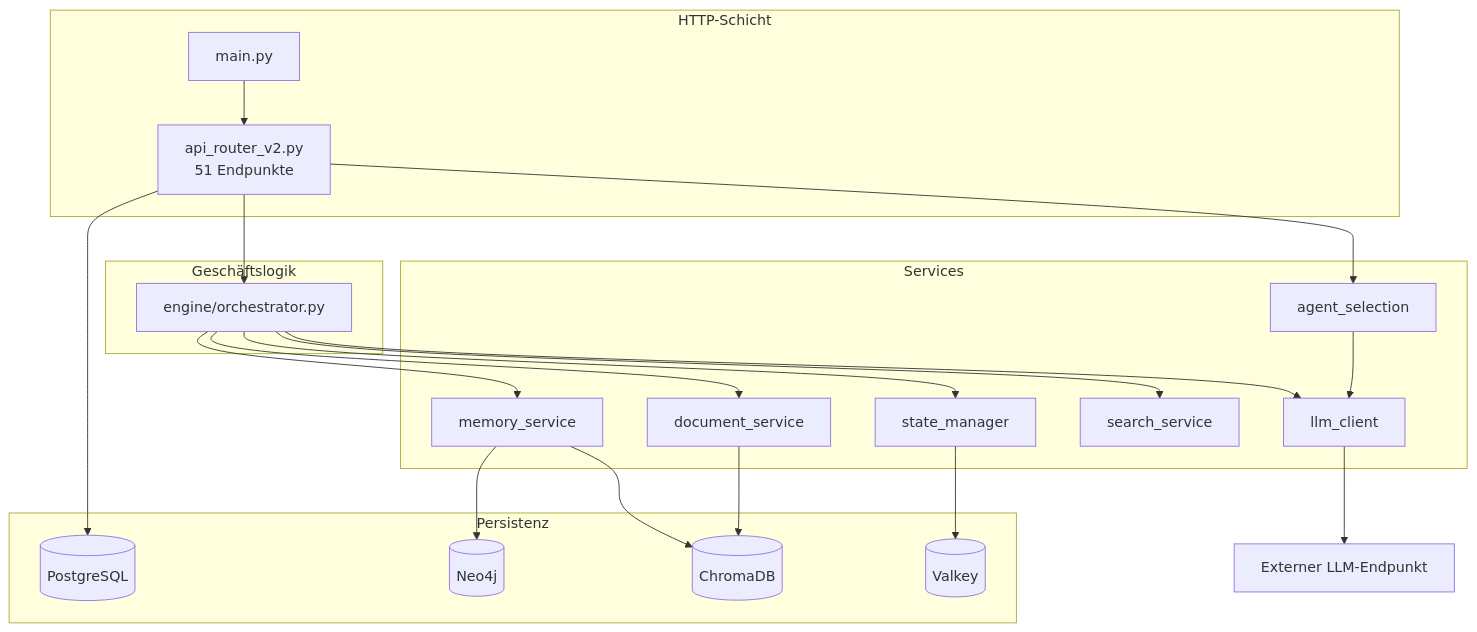
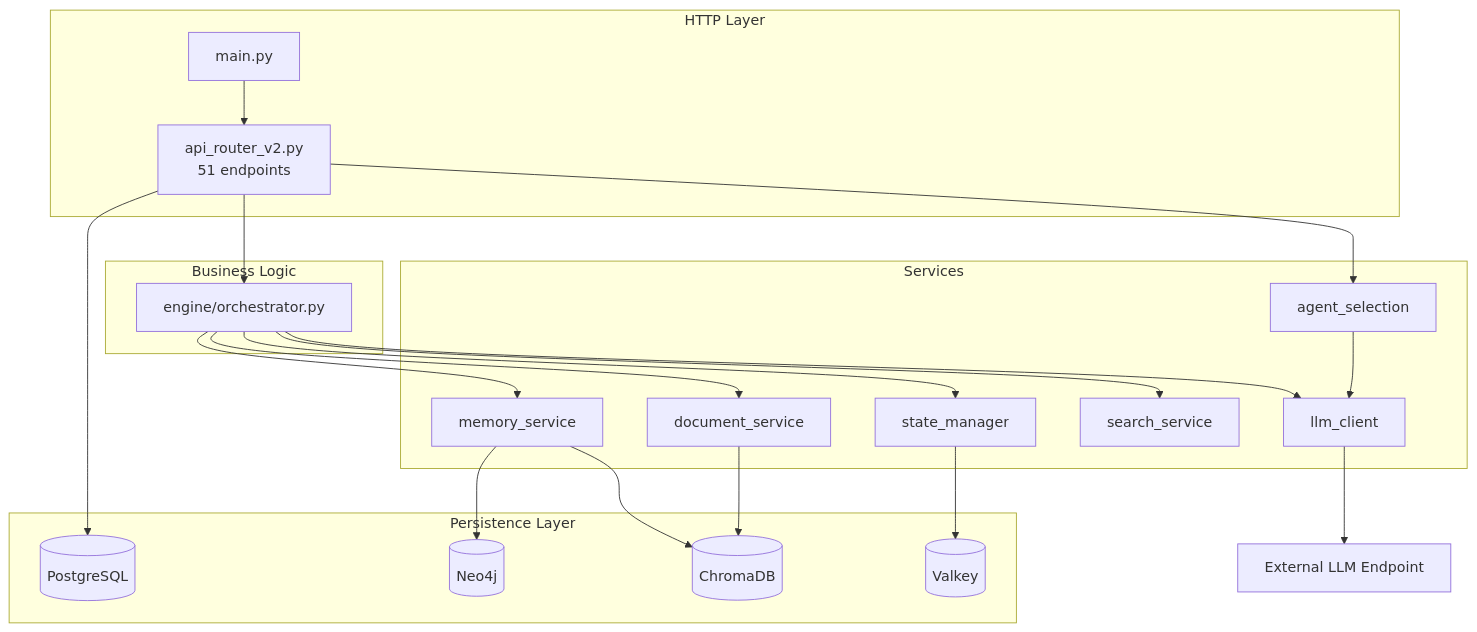
Before and after one commit to h3rb3rn/abelard: the second of 3 diagrams in README.md, drawn with Mermaid. The commit also changed other lines of this file and 1 other file, not shown here.

````diff
--- a/README.md
+++ b/README.md
@@ -54,41 +49,41 @@
 ```mermaid
 flowchart TB
-    subgraph http["HTTP-Schicht"]
+    subgraph http["HTTP Layer"]
         MAIN["main.py"]
-        ROUTER["api_router_v2.py<br/>51 Endpunkte"]
+        ROUTER["api_router_v2.py<br/>51 endpoints"]
     end
-    subgraph business["Geschäftslogik"]
+    subgraph business["Business Logic"]
         ORCH["engine/orchestrator.py"]
     end
     subgraph svc["Services"]
         LLM["llm_client"]
         SEL["agent_selection"]
         MEM["memory_service"]
         DOC["document_service"]
         SEARCH["search_service"]
         STATE["state_manager"]
     end
-    subgraph data["Persistenz"]
+    subgraph data["Persistence Layer"]
         PG[("PostgreSQL")]
         NEO[("Neo4j")]
         CHR[("ChromaDB")]
         VAL[("Valkey")]
     end
-    EXT["Externer LLM-Endpunkt"]
+    EXT["External LLM Endpoint"]
 
     MAIN --> ROUTER
     ROUTER --> ORCH
     ROUTER --> SEL
     ROUTER --> PG
     ORCH --> LLM
     ORCH --> MEM
     ORCH --> SEARCH
     ORCH --> STATE
     ORCH --> DOC
     SEL --> LLM
     LLM --> EXT
     MEM --> NEO
     MEM --> CHR
     DOC --> CHR
     STATE --> VAL
 ```
````
